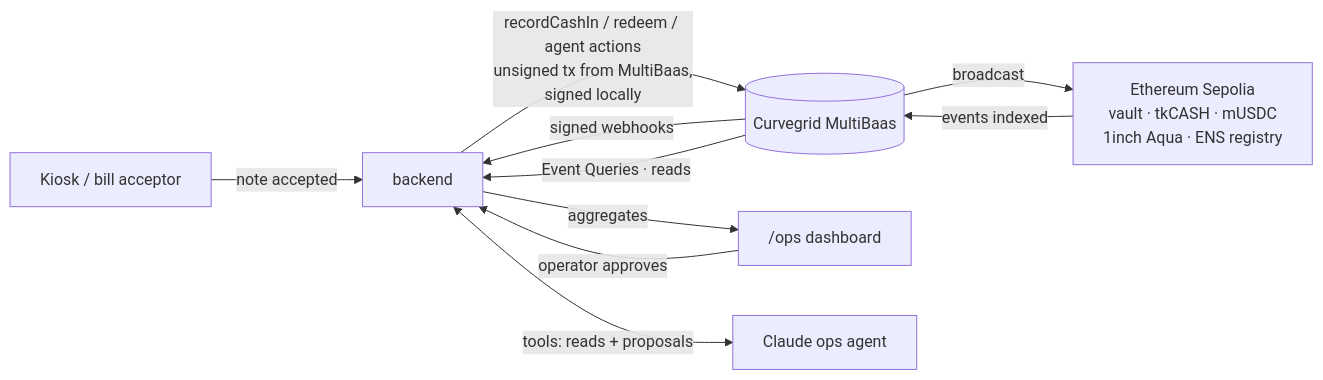
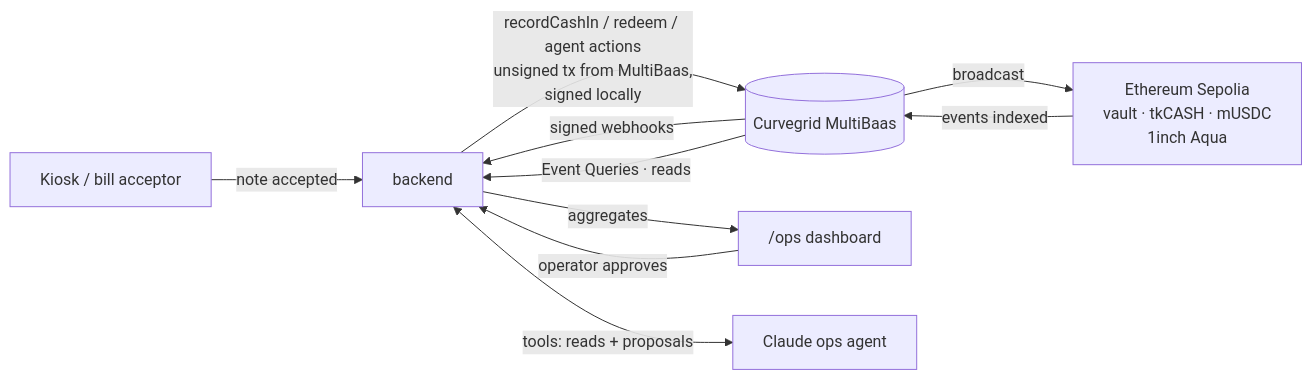
The first of 2 diagrams in README.md (AqilJaafree/takarabako), drawn with Mermaid before and after one commit. The commit also changed other lines of this file and 151 other files, not shown here.

First line of the commit message:
Add Arc Testnet as a second chain; drop ENS v2 and World ID

````diff
--- a/README.md
+++ b/README.md
@@ -82,12 +82,12 @@
 ```mermaid
 flowchart LR
     Kiosk[Kiosk / bill acceptor] -->|note accepted| API[backend]
     API -->|recordCashIn / redeem / agent actions<br/>unsigned tx from MultiBaas,<br/>signed locally| MB[(Curvegrid MultiBaas)]
-    MB -->|broadcast| Chain[Ethereum Sepolia<br/>vault · tkCASH · mUSDC<br/>1inch Aqua · ENS registry]
+    MB -->|broadcast| Chain[Ethereum Sepolia<br/>vault · tkCASH · mUSDC<br/>1inch Aqua]
     Chain -->|events indexed| MB
     MB -->|signed webhooks| API
     MB -->|Event Queries · reads| API
     API -->|aggregates| Dash["/ops dashboard"]
     API <-->|tools: reads + proposals| Agent[Claude ops agent]
     Dash -->|operator approves| API
 ```
````
